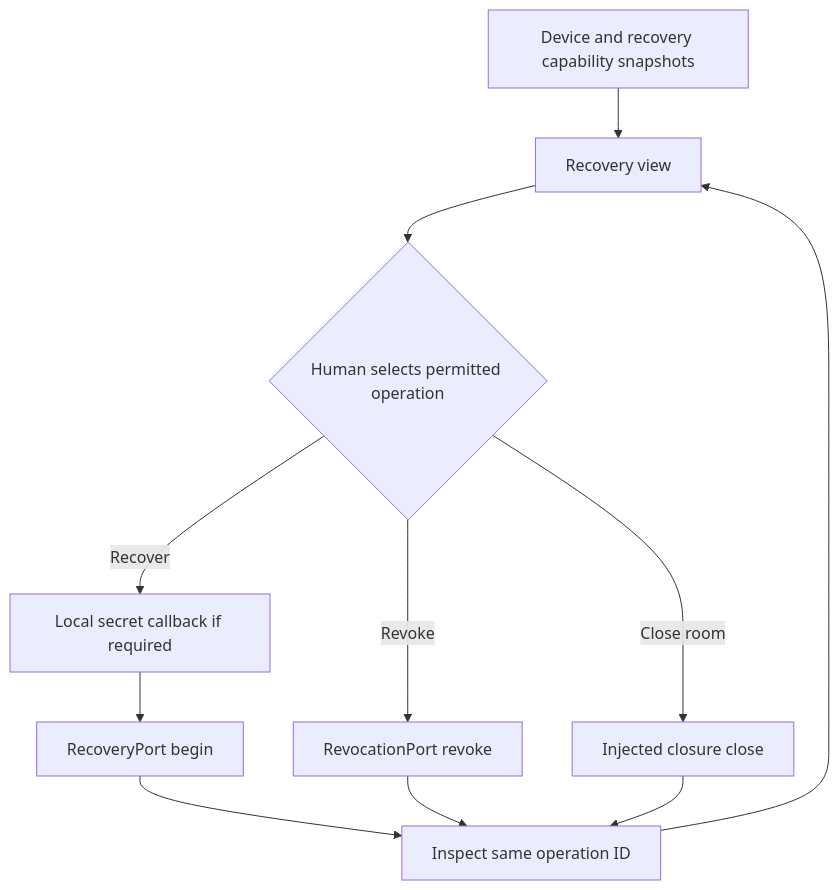
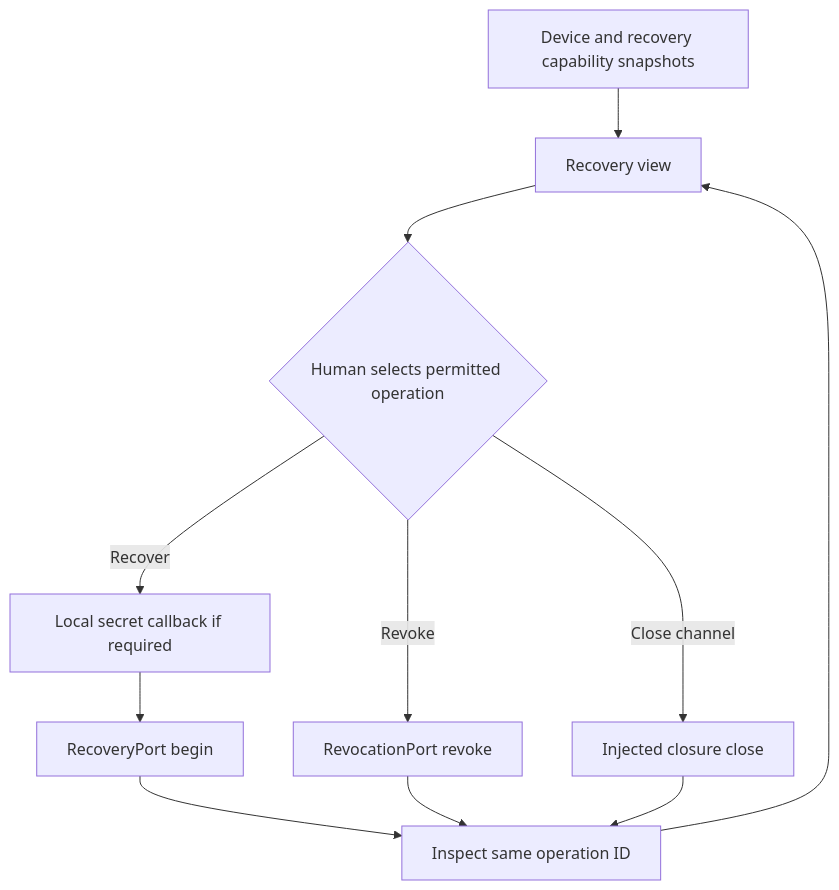
One commit to aiur-team/khala changed the diagram in docs/plans/2026-09-16-kha-127-recovery-closure-ui.md. Above: the diagram before and after it, drawn with Mermaid. The commit also changed other lines of this file and 211 other files, not shown here.

````diff
--- a/docs/plans/2026-09-16-kha-127-recovery-closure-ui.md
+++ b/docs/plans/2026-09-16-kha-127-recovery-closure-ui.md
@@ -108,13 +108,13 @@
 ```mermaid
 flowchart TB
   D[Device and recovery capability snapshots] --> V[Recovery view]
   V --> H{Human selects permitted operation}
   H -->|Recover| L[Local secret callback if required]
   L --> R[RecoveryPort begin]
   H -->|Revoke| X[RevocationPort revoke]
-  H -->|Close room| C[Injected closure close]
+  H -->|Close channel| C[Injected closure close]
   R --> I[Inspect same operation ID]
   X --> I
   C --> I
   I --> V
 ```
````
